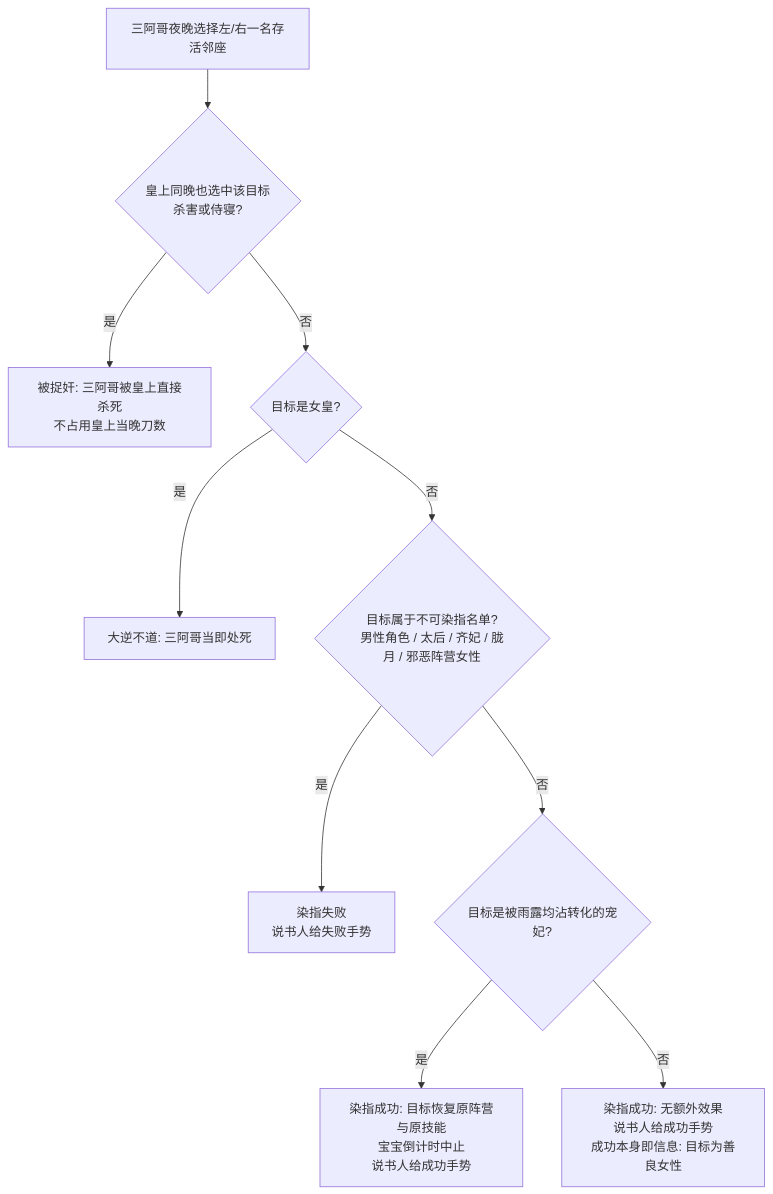
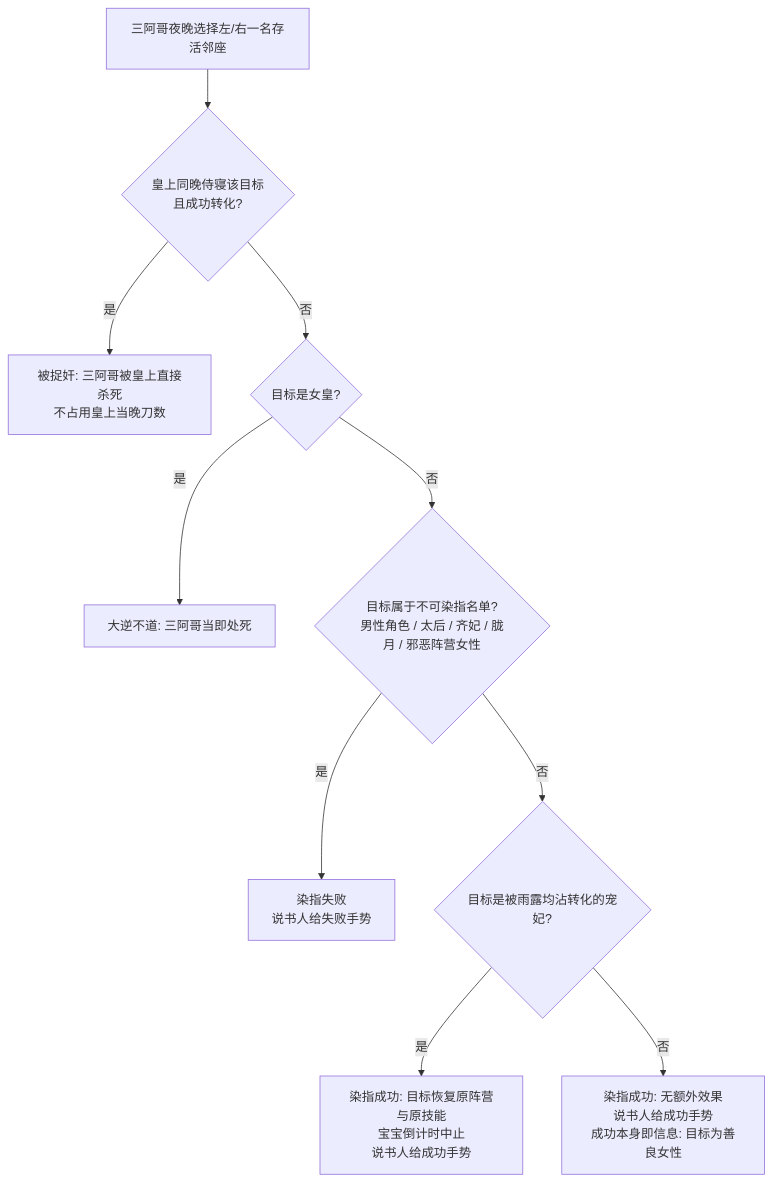
Before and after one commit to yfan2676/XueRanZhenHuan_GM_Support: the third of 5 diagrams in docs/decision_maps.md, drawn with Mermaid. The commit also changed other lines of this file and 13 other files, not shown here.

````diff
--- a/docs/decision_maps.md
+++ b/docs/decision_maps.md
@@ -77,12 +80,12 @@
 ```mermaid
 flowchart TD
-    A[三阿哥夜晚选择左/右一名存活邻座] --> B{皇上同晚也选中该目标<br/>杀害或侍寝?}
+    A[三阿哥夜晚选择左/右一名存活邻座] --> B{皇上同晚侍寝该目标<br/>且成功转化?}
     B -- 是 --> C[被捉奸: 三阿哥被皇上直接杀死<br/>不占用皇上当晚刀数]
     B -- 否 --> D{目标是女皇?}
     D -- 是 --> E[大逆不道: 三阿哥当即处死]
     D -- 否 --> F{目标属于不可染指名单?<br/>男性角色 / 太后 / 齐妃 / 胧月 / 邪恶阵营女性}
     F -- 是 --> G[染指失败<br/>说书人给失败手势]
     F -- 否 --> H{目标是被雨露均沾转化的宠妃?}
     H -- 是 --> I[染指成功: 目标恢复原阵营与原技能<br/>宝宝倒计时中止<br/>说书人给成功手势]
     H -- 否 --> J[染指成功: 无额外效果<br/>说书人给成功手势<br/>成功本身即信息: 目标为善良女性]
 ```
````
